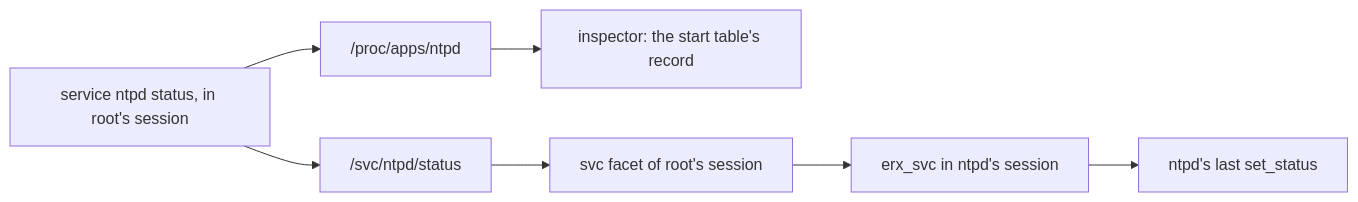
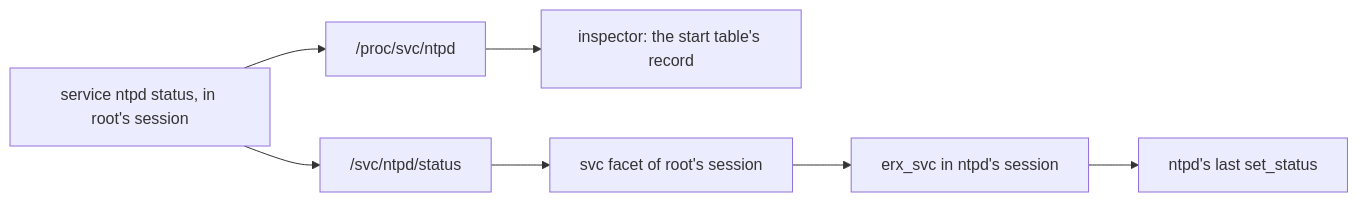
Before and after one commit to stass/erXos: the third of 3 diagrams in docs/book/14-files.md, drawn with Mermaid. The commit also changed other lines of this file and 21 other files, not shown here.

````diff
--- a/docs/book/14-files.md
+++ b/docs/book/14-files.md
@@ -665,9 +666,9 @@
 ```mermaid
 flowchart LR
-  U[service ntpd status, in root's session] --> P["/proc/apps/ntpd"]
+  U[service ntpd status, in root's session] --> P["/proc/svc/ntpd"]
   U --> S["/svc/ntpd/status"]
   P --> I[inspector: the start table's record]
   S --> F[svc facet of root's session]
   F --> E[erx_svc in ntpd's session]
   E --> N[ntpd's last set_status]
 ```
````
